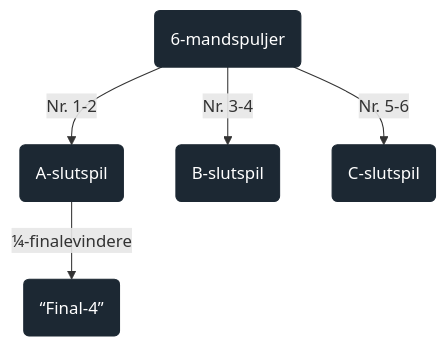
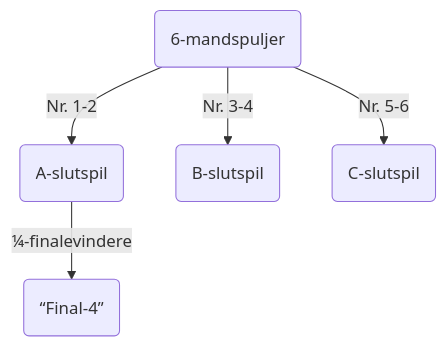
One commit to bsbenja/ping-pong-dm changed the diagram in koncept.qmd. Above: the diagram before and after it, drawn with Mermaid. The commit also changed 4 other files, not shown here.

````diff
--- a/koncept.qmd
+++ b/koncept.qmd
@@ -68,15 +68,9 @@
 ```{mermaid}
 %%| fig-width: 4
 %%{init: {"flowchart": {"htmlLabels": true}} }%%
 flowchart TD
   A(6-mandspuljer) --> |Nr. 1-2| B(A-slutspil)
   A --> |Nr. 3-4| C(B-slutspil)
   A --> |Nr. 5-6| D(C-slutspil)
   B --> |&#x00BC-finalevindere| E(<q>Final-4</q>)
-  
-  style A fill:#1C2833,stroke:#1C2833,color:#FFFFFF
-  style B fill:#1C2833,stroke:#1C2833,color:#FFFFFF
-  style C fill:#1C2833,stroke:#1C2833,color:#FFFFFF
-  style D fill:#1C2833,stroke:#1C2833,color:#FFFFFF
-  style E fill:#1C2833,stroke:#1C2833,color:#FFFFFF
 ```
````
